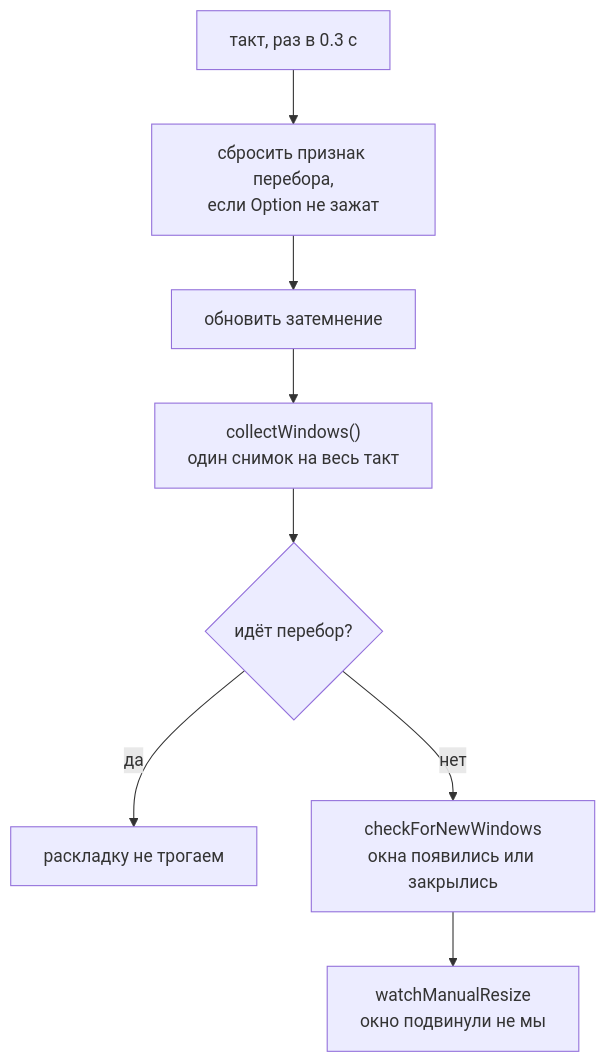
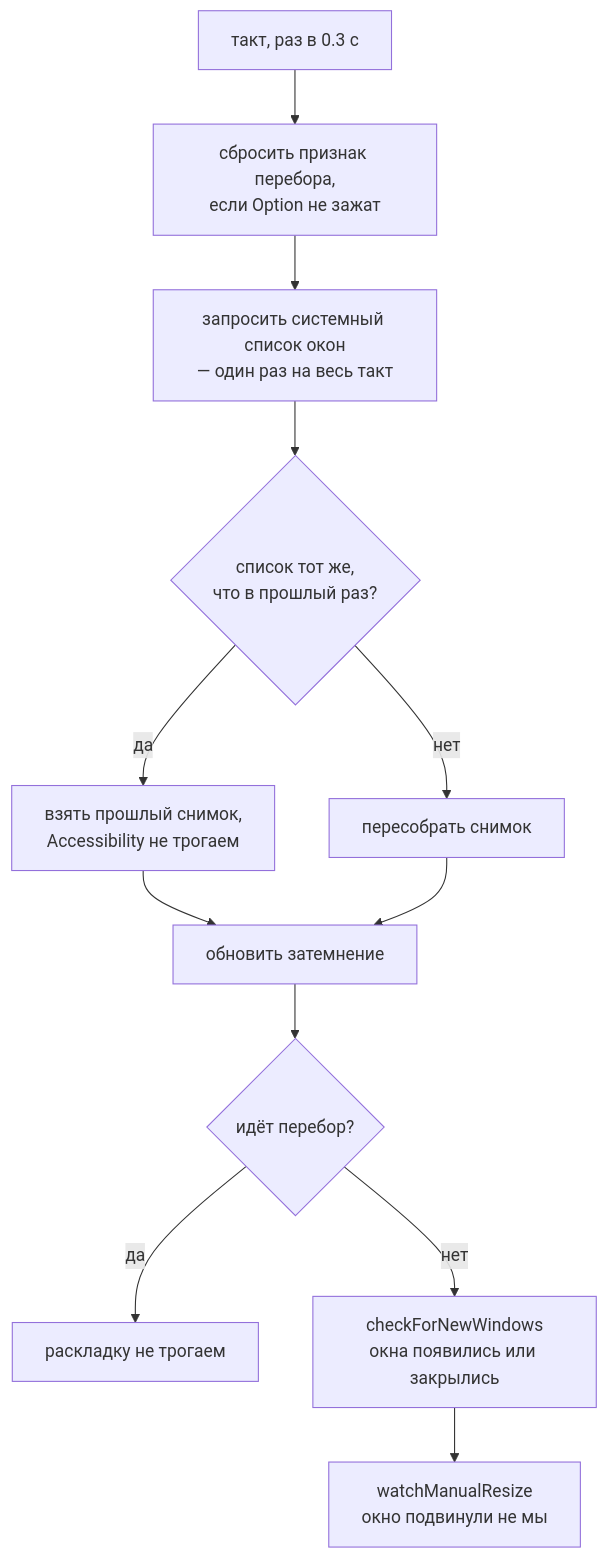
The second of 4 diagrams in DESIGN.md (asmithdots-debug/wincycle), drawn with Mermaid before and after one commit. The commit also changed other lines of this file and 1 other file, not shown here.

````diff
--- a/DESIGN.md
+++ b/DESIGN.md
@@ -45,10 +45,14 @@
 ```mermaid
 flowchart TD
     A["такт, раз в 0.3 с"] --> B["сбросить признак перебора,<br/>если Option не зажат"]
-    B --> C["обновить затемнение"]
-    C --> D["collectWindows()<br/>один снимок на весь такт"]
-    D --> E{"идёт перебор?"}
-    E -- "да" --> Z["раскладку не трогаем"]
-    E -- "нет" --> F["checkForNewWindows<br/>окна появились или закрылись"]
-    F --> G["watchManualResize<br/>окно подвинули не мы"]
+    B --> C["запросить системный список окон<br/>— один раз на весь такт"]
+    C --> D{"список тот же,<br/>что в прошлый раз?"}
+    D -- "да" --> Y["взять прошлый снимок,<br/>Accessibility не трогаем"]
+    D -- "нет" --> X["пересобрать снимок"]
+    Y --> E["обновить затемнение"]
+    X --> E
+    E --> F{"идёт перебор?"}
+    F -- "да" --> Z["раскладку не трогаем"]
+    F -- "нет" --> G["checkForNewWindows<br/>окна появились или закрылись"]
+    G --> H["watchManualResize<br/>окно подвинули не мы"]
 ```
````
